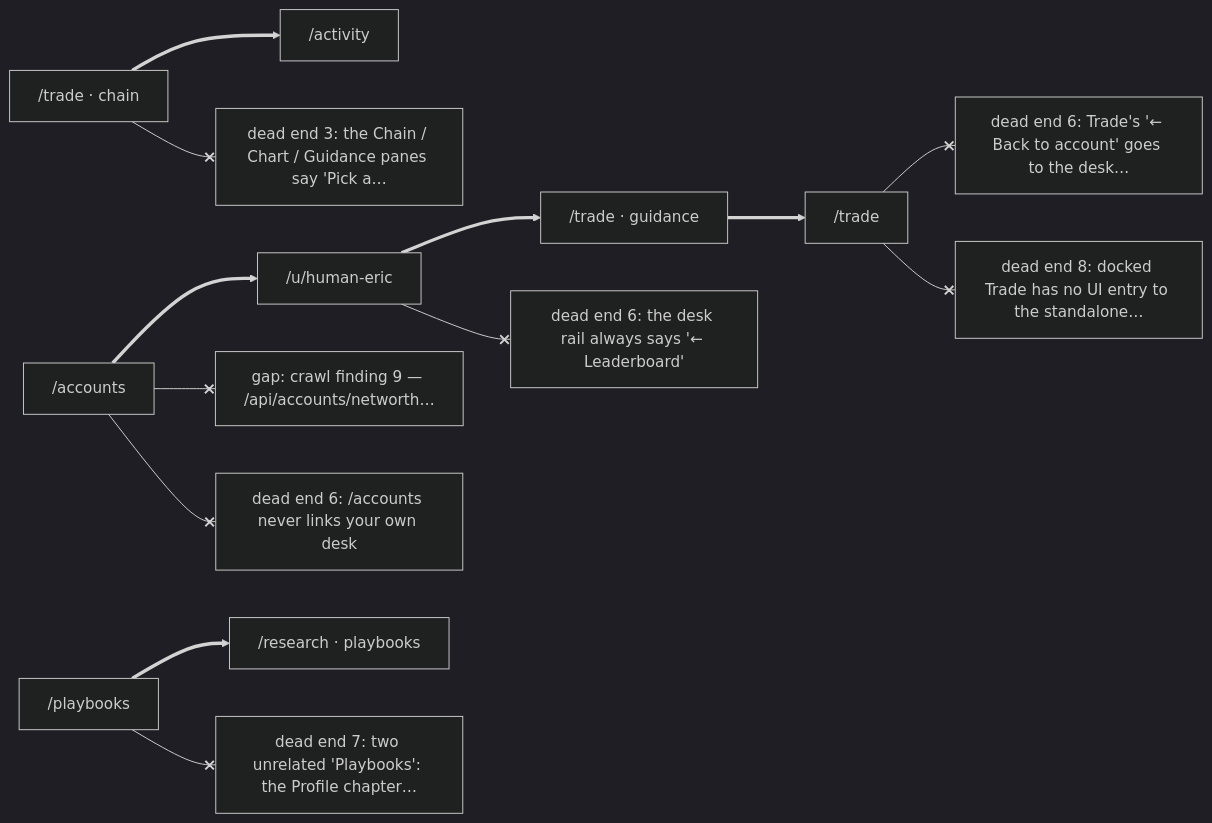
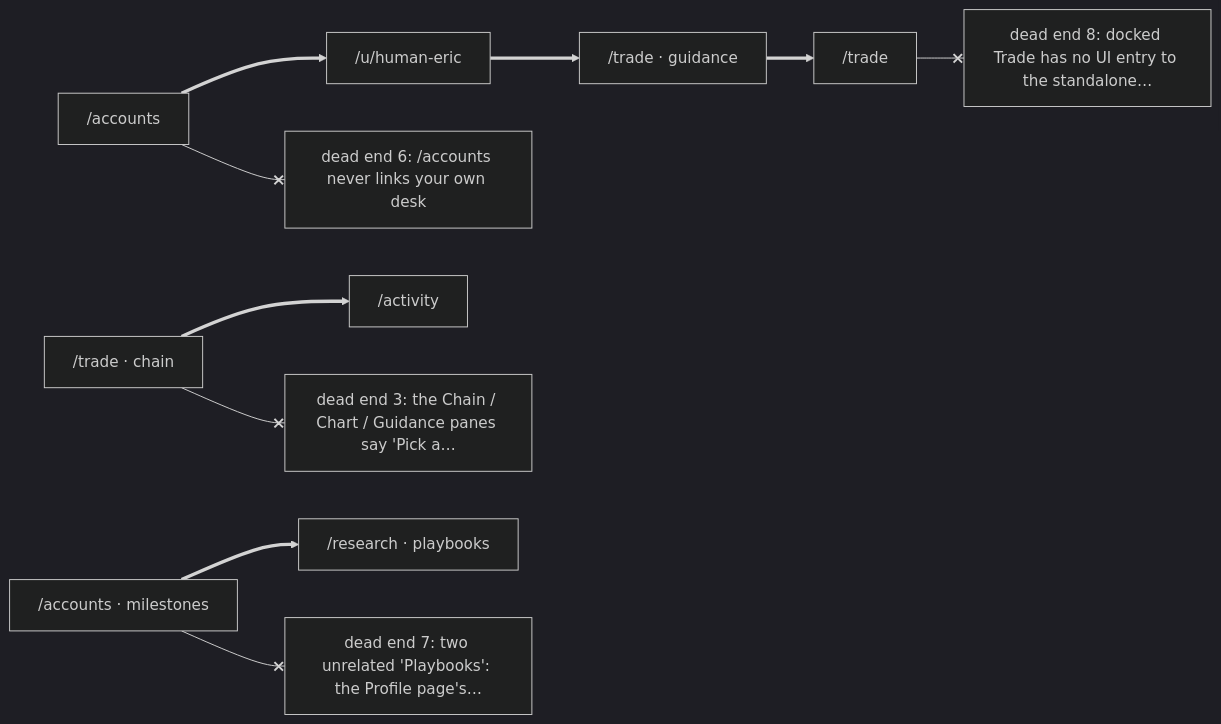
One commit to ejclark/skynet-capital changed the fifth of 5 diagrams in docs/members/maps.md. Above: the diagram before and after it, drawn with Mermaid (dark theme). The commit also changed other lines of this file and 76 other files, not shown here.

First line of the commit message:
docs(members): the phase-2 crawl — dead ends before and after the lifts

````diff
--- a/docs/members/maps.md
+++ b/docs/members/maps.md
@@ -90,23 +84,20 @@
 ```mermaid
 flowchart LR
   r0["/accounts"]
   r1["/u/human-eric"]
   r2["/trade · guidance"]
   r3["/trade"]
   r4["/trade · chain"]
   r5["/activity"]
-  r6["/playbooks"]
+  r6["/accounts · milestones"]
   r7["/research · playbooks"]
   r0 ==> r1
   r1 ==> r2
   r2 ==> r3
   r4 ==> r5
   r6 ==> r7
-  r0 --x d0["gap: crawl finding 9 — /api/accounts/networth…"]
-  r3 --x d1["dead end 6: Trade's '← Back to account' goes to the desk…"]
-  r3 --x d2["dead end 8: docked Trade has no UI entry to the standalone…"]
-  r4 --x d3["dead end 3: the Chain / Chart / Guidance panes say 'Pick a…"]
-  r0 --x d4["dead end 6: /accounts never links your own desk"]
-  r1 --x d5["dead end 6: the desk rail always says '← Leaderboard'"]
-  r6 --x d6["dead end 7: two unrelated 'Playbooks': the Profile chapter…"]
+  r3 --x d0["dead end 8: docked Trade has no UI entry to the standalone…"]
+  r4 --x d1["dead end 3: the Chain / Chart / Guidance panes say 'Pick a…"]
+  r0 --x d2["dead end 6: /accounts never links your own desk"]
+  r6 --x d3["dead end 7: two unrelated 'Playbooks': the Profile page's…"]
 ```
````
